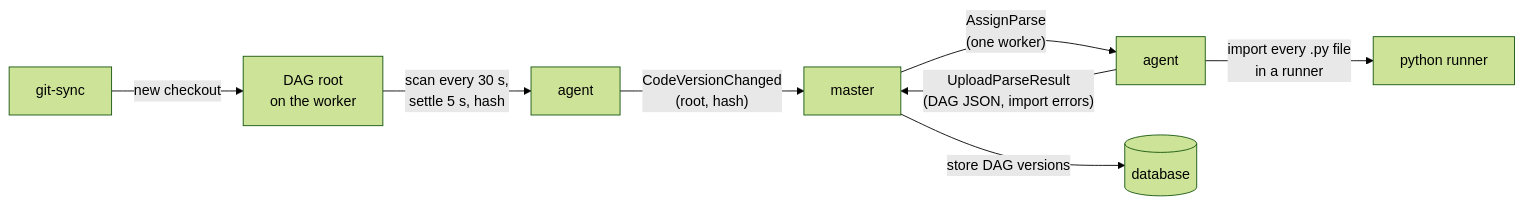
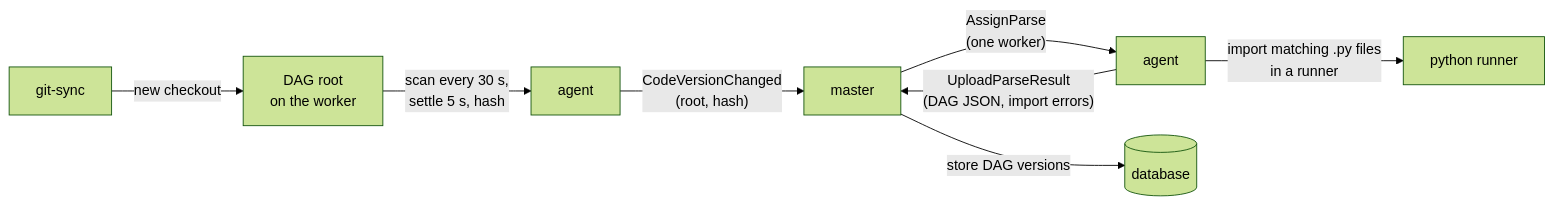
One commit to ptutak/schedr changed the diagram in docs/03-guide/06-parsing.md. Above: the diagram before and after it, drawn with Mermaid (forest theme). The commit also changed other lines of this file and 14 other files, not shown here.

````diff
--- a/docs/03-guide/06-parsing.md
+++ b/docs/03-guide/06-parsing.md
@@ -10,10 +10,10 @@
 ```mermaid
 flowchart LR
     git["git-sync"] -- "new checkout" --> files["DAG root<br/>on the worker"]
     files -- "scan every 30 s,<br/>settle 5 s, hash" --> agent["agent"]
     agent -- "CodeVersionChanged<br/>(root, hash)" --> master["master"]
     master -- "AssignParse<br/>(one worker)" --> agent2["agent"]
-    agent2 -- "import every .py file<br/>in a runner" --> runner["python runner"]
+    agent2 -- "import matching .py files<br/>in a runner" --> runner["python runner"]
     agent2 -- "UploadParseResult<br/>(DAG JSON, import errors)" --> master
     master -- "store DAG versions" --> db[("database")]
 ```
````
